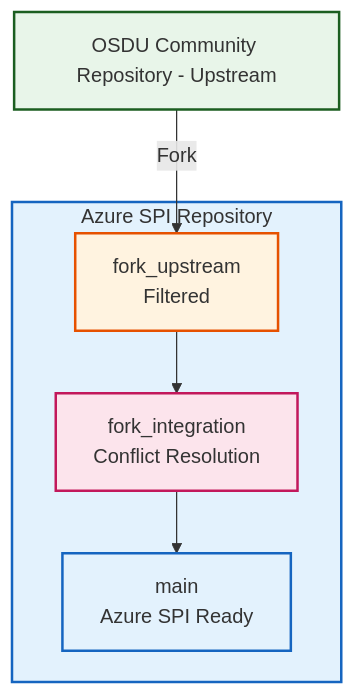
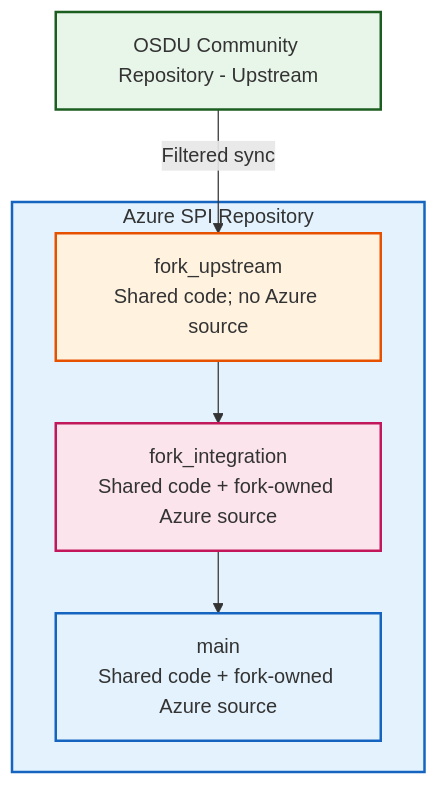
One commit to Azure/osdu-spi changed the second of 2 diagrams in doc/src/concepts.md. Above: the diagram before and after it, drawn with Mermaid. The commit also changed other lines of this file, not shown here.

Commit message:
docs: clarify fork-owned Azure source in concepts

````diff
--- a/doc/src/concepts.md
+++ b/doc/src/concepts.md
@@ -74,17 +79,17 @@
 ```mermaid
 graph TD
     A[OSDU Community Repository - Upstream]
-    A -->|Fork| B
+    A -->|Filtered sync| B
     
     subgraph Azure["Azure SPI Repository"]
-        B[fork_upstream<br/>Filtered]
-        B --> C[fork_integration<br/>Conflict Resolution]
-        C --> D[main<br/>Azure SPI Ready]
+        B[fork_upstream<br/>Shared code; no Azure source]
+        B --> C[fork_integration<br/>Shared code + fork-owned Azure source]
+        C --> D[main<br/>Shared code + fork-owned Azure source]
     end
     
     style A fill:#e8f5e9,stroke:#1b5e20,stroke-width:2px
     style Azure fill:#e3f2fd,stroke:#1565c0,stroke-width:2px
     style B fill:#fff3e0,stroke:#e65100,stroke-width:2px
     style C fill:#fce4ec,stroke:#c2185b,stroke-width:2px
     style D fill:#e3f2fd,stroke:#1565c0,stroke-width:2px
 ```
````
